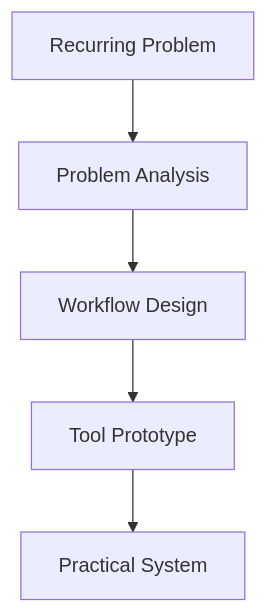
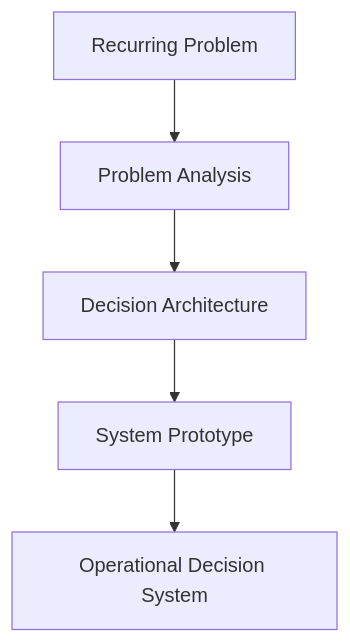
One commit to HyVoid/About-me changed the second of 2 diagrams in README.md. Above: the diagram before and after it, drawn with Mermaid. The commit also changed other lines of this file, not shown here.

````diff
--- a/README.md
+++ b/README.md
@@ -289,7 +156,7 @@
 ```mermaid
 flowchart TD
     A[Recurring Problem] --> B[Problem Analysis]
-    B --> C[Workflow Design]
-    C --> D[Tool Prototype]
-    D --> E[Practical System]
+    B --> C[Decision Architecture]
+    C --> D[System Prototype]
+    D --> E[Operational Decision System]
 ```
````
